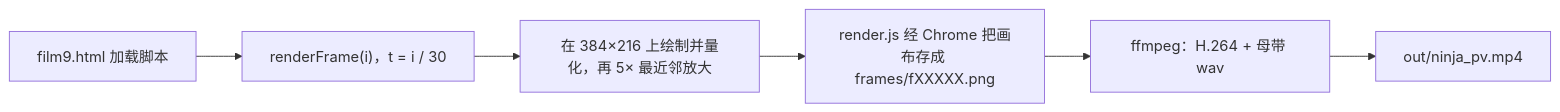
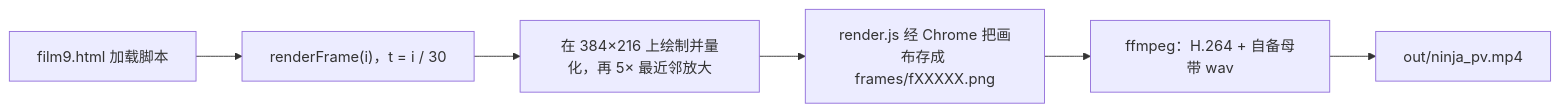
The diagram in README.md (JesseZhang97/ninja-pixel-pv), drawn with Mermaid before and after one commit. The commit also changed other lines of this file and 3 other files, not shown here.

````diff
--- a/README.md
+++ b/README.md
@@ -111,8 +130,8 @@
 ```mermaid
 flowchart LR
   A["film9.html 加载脚本"] --> B["renderFrame(i)，t = i / 30"]
   B --> C["在 384×216 上绘制并量化，再 5× 最近邻放大"]
   C --> D["render.js 经 Chrome 把画布存成 frames/fXXXXX.png"]
-  D --> E["ffmpeg：H.264 + 母带 wav"]
+  D --> E["ffmpeg：H.264 + 自备母带 wav"]
   E --> F["out/ninja_pv.mp4"]
 ```
````
